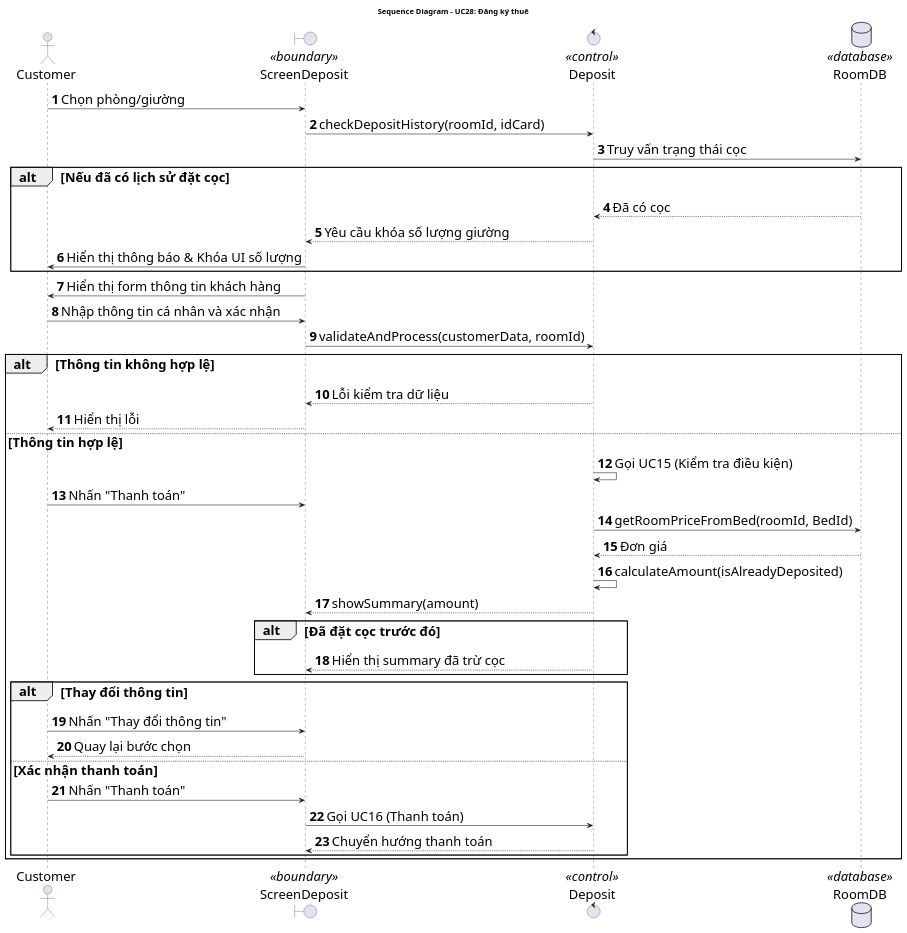
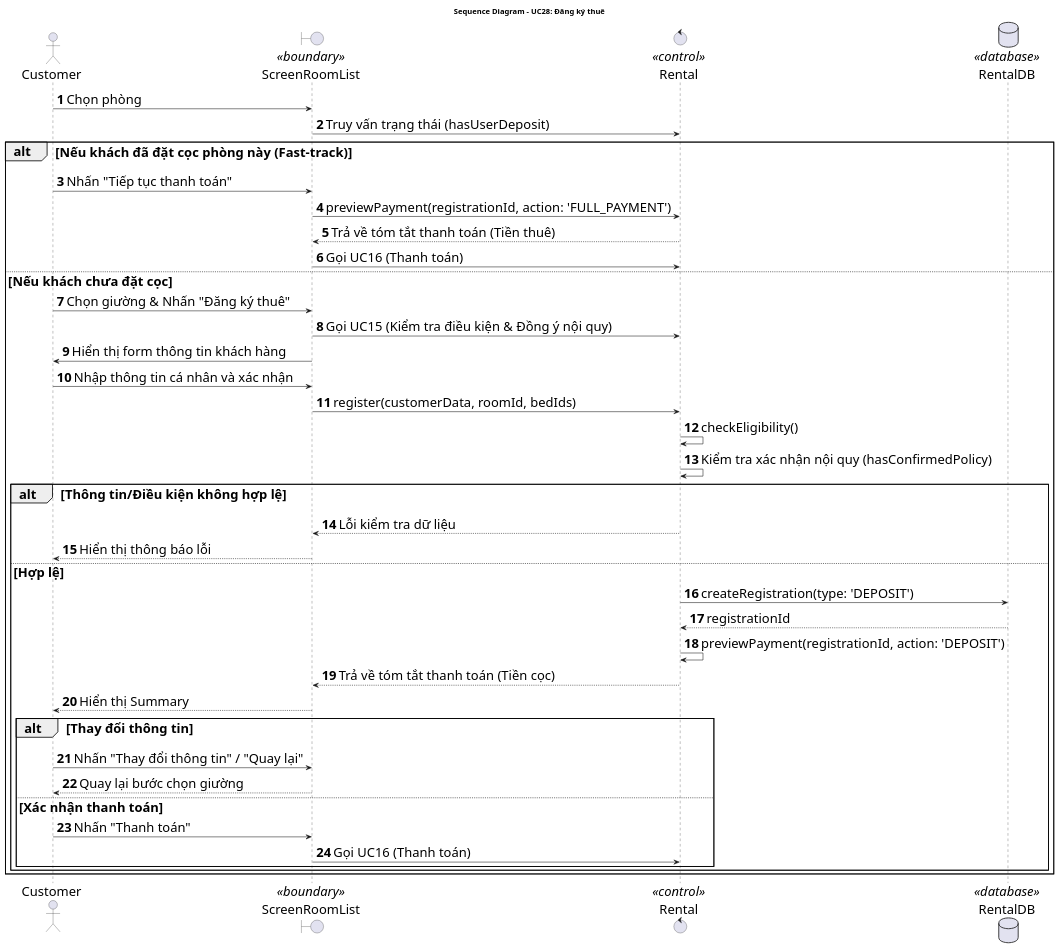
Before and after one commit to Gnourt812005/HCMUS-Analyze-and-desgin-IS: the diagram in doc/system/dang_ky_thue/DangKythue_SequenceDiagram.wsd, drawn with PlantUML. The commit also changed 15 other files, not shown here.

Commit message:
bao/code: re-implement rental registration system including database entities, business logic, and UI components

```diff
--- a/doc/system/dang_ky_thue/DangKythue_SequenceDiagram.wsd
+++ b/doc/system/dang_ky_thue/DangKythue_SequenceDiagram.wsd
@@ -1,58 +1,54 @@
 @startuml DangKyThue_SequenceDiagram
 
 skinparam {
     DefaultFontSize 24
 }
 
 title Sequence Diagram - UC28: Đăng ký thuê
 
 autonumber
 
 actor "Customer" as Actor
-boundary "ScreenDeposit" as GUI <<boundary>>
-control "Deposit" as BUS <<control>>
-database "RoomDB" as DB <<database>>
+boundary "ScreenRoomList" as GUI <<boundary>>
+control "Rental" as BUS <<control>>
+database "RentalDB" as DB <<database>>
 
-Actor -> GUI : Chọn phòng/giường
-GUI -> BUS : checkDepositHistory(roomId, idCard)
-BUS -> DB : Truy vấn trạng thái cọc
+Actor -> GUI : Chọn phòng
+GUI -> BUS : Truy vấn trạng thái (hasUserDeposit)
 
-alt Nếu đã có lịch sử đặt cọc
-    DB --> BUS : Đã có cọc
-    BUS --> GUI : Yêu cầu khóa số lượng giường
-    GUI -> Actor : Hiển thị thông báo & Khóa UI số lượng
-end
-
-GUI -> Actor : Hiển thị form thông tin khách hàng
-Actor -> GUI : Nhập thông tin cá nhân và xác nhận
-GUI -> BUS : validateAndProcess(customerData, roomId)
-
-alt Thông tin không hợp lệ
-    BUS --> GUI : Lỗi kiểm tra dữ liệu
-    GUI --> Actor : Hiển thị lỗi
-
-else Thông tin hợp lệ
-    BUS -> BUS : Gọi UC15 (Kiểm tra điều kiện)
-    Actor -> GUI : Nhấn "Thanh toán"
-    BUS -> DB : getRoomPriceFromBed(roomId, BedId)
-    DB --> BUS : Đơn giá
-
-    BUS -> BUS : calculateAmount(isAlreadyDeposited)
-    BUS --> GUI : showSummary(amount)
-
-    alt Đã đặt cọc trước đó
-        BUS --> GUI : Hiển thị summary đã trừ cọc
+alt Nếu khách đã đặt cọc phòng này (Fast-track)
+    Actor -> GUI : Nhấn "Tiếp tục thanh toán"
+    GUI -> BUS : previewPayment(registrationId, action: 'FULL_PAYMENT')
+    BUS --> GUI : Trả về tóm tắt thanh toán (Tiền thuê)
+    GUI -> BUS : Gọi UC16 (Thanh toán)
+else Nếu khách chưa đặt cọc
+    Actor -> GUI : Chọn giường & Nhấn "Đăng ký thuê"
+    GUI -> BUS : Gọi UC15 (Kiểm tra điều kiện & Đồng ý nội quy)
+    GUI -> Actor : Hiển thị form thông tin khách hàng
+    Actor -> GUI : Nhập thông tin cá nhân và xác nhận
+    
+    GUI -> BUS : register(customerData, roomId, bedIds)
+    BUS -> BUS : checkEligibility()
+    BUS -> BUS : Kiểm tra xác nhận nội quy (hasConfirmedPolicy)
+    
+    alt Thông tin/Điều kiện không hợp lệ
+        BUS --> GUI : Lỗi kiểm tra dữ liệu
+        GUI --> Actor : Hiển thị thông báo lỗi
+    else Hợp lệ
+        BUS -> DB : createRegistration(type: 'DEPOSIT')
+        DB --> BUS : registrationId
+        BUS -> BUS : previewPayment(registrationId, action: 'DEPOSIT')
+        BUS --> GUI : Trả về tóm tắt thanh toán (Tiền cọc)
+        GUI --> Actor : Hiển thị Summary
+        
+        alt Thay đổi thông tin
+            Actor -> GUI : Nhấn "Thay đổi thông tin" / "Quay lại"
+            GUI --> Actor : Quay lại bước chọn giường
+        else Xác nhận thanh toán
+            Actor -> GUI : Nhấn "Thanh toán"
+            GUI -> BUS : Gọi UC16 (Thanh toán)
+        end
     end
-
-    alt Thay đổi thông tin
-        Actor -> GUI : Nhấn "Thay đổi thông tin"
-        GUI --> Actor : Quay lại bước chọn
-    else Xác nhận thanh toán
-        Actor -> GUI : Nhấn "Thanh toán"
-        GUI -> BUS : Gọi UC16 (Thanh toán)
-        BUS --> GUI : Chuyển hướng thanh toán
-    end
-
 end
 
 @enduml
```
